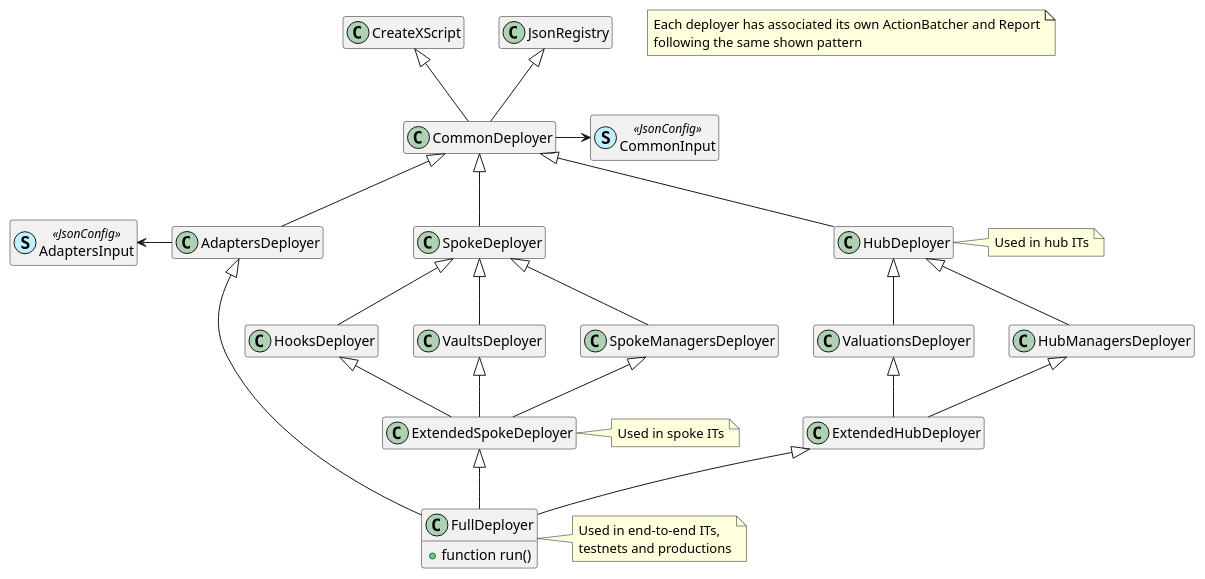
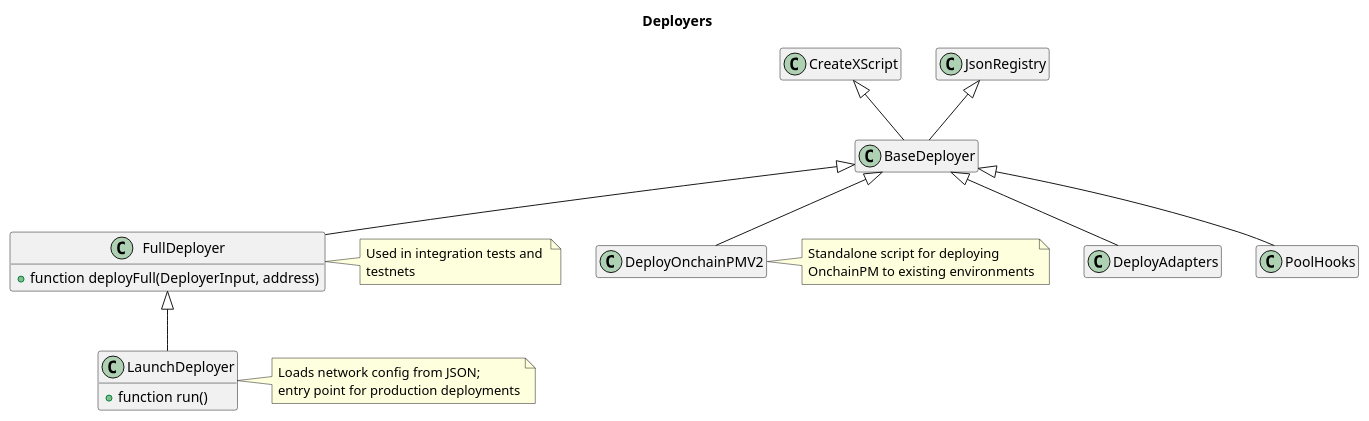
One commit to centrifuge/protocol changed the diagram in docs/architecture/deployers.puml. Above: the diagram before and after it, drawn with PlantUML. The commit also changed 22 other files, not shown here.

Commit message:
Updated PlantUML diagrams for v3.3 (#306)

```diff
--- a/docs/architecture/deployers.puml
+++ b/docs/architecture/deployers.puml
@@ -1,60 +1,33 @@
-@startuml
+@startuml deployers
+title Deployers
 hide empty members
-
-note "Each deployer has associated its own ActionBatcher and Report\nfollowing the same shown pattern" as N1
 
 class JsonRegistry
 class CreateXScript
 
-class CommonDeployer
-class HubDeployer
-class SpokeDeployer
-class AdaptersDeployer
-
-class ValuationsDeployer
-class HubManagersDeployer
-class ExtendedHubDeployer
-
-class SpokeManagersDeployer
-class VaultsDeployer
-class HooksDeployer
-class ExtendedSpokeDeployer
-
+class BaseDeployer
 class FullDeployer {
+    + function deployFull(DeployerInput, address)
+}
+class LaunchDeployer {
     + function run()
 }
+class DeployAdapters
+class DeployOnchainPMV2
+class PoolHooks
 
-class CommonInput << (S,application) JsonConfig >>
-class AdaptersInput << (S,application) JsonConfig >>
+BaseDeployer -up-|> JsonRegistry
+BaseDeployer -up-|> CreateXScript
 
-CommonDeployer -up-|> JsonRegistry
-CommonDeployer -up-|> CreateXScript
-HubDeployer -up-|> CommonDeployer
-SpokeDeployer -up-|> CommonDeployer
-AdaptersDeployer -up-|> CommonDeployer
+FullDeployer -up-|> BaseDeployer
+LaunchDeployer -up-|> FullDeployer
 
-HubManagersDeployer -up-|> HubDeployer
-ValuationsDeployer -up-|> HubDeployer
+DeployAdapters -up-|> BaseDeployer
+DeployOnchainPMV2 -up-|> BaseDeployer
+PoolHooks -up-|> BaseDeployer
 
-ExtendedHubDeployer -up-|> HubManagersDeployer
-ExtendedHubDeployer -up-|> ValuationsDeployer
+note right of FullDeployer: Used in integration tests and \ntestnets
+note right of LaunchDeployer: Loads network config from JSON;\nentry point for production deployments
+note right of DeployOnchainPMV2: Standalone script for deploying\nOnchainPM to existing environments
 
-SpokeManagersDeployer -up-|> SpokeDeployer
-VaultsDeployer -up-|> SpokeDeployer
-HooksDeployer -up-|> SpokeDeployer
-
-ExtendedSpokeDeployer -up-|> SpokeManagersDeployer
-ExtendedSpokeDeployer -up-|> VaultsDeployer
-ExtendedSpokeDeployer -up-|> HooksDeployer
-
-FullDeployer -up-|> ExtendedHubDeployer
-FullDeployer -up-|> ExtendedSpokeDeployer
-FullDeployer -up---|> AdaptersDeployer
-
-CommonDeployer -> CommonInput
-AdaptersDeployer -left> AdaptersInput
-
-note right of ExtendedSpokeDeployer: Used in spoke ITs
-note right of HubDeployer: Used in hub ITs
-note right of FullDeployer: Used in end-to-end ITs,\ntestnets and productions
 @enduml
```
